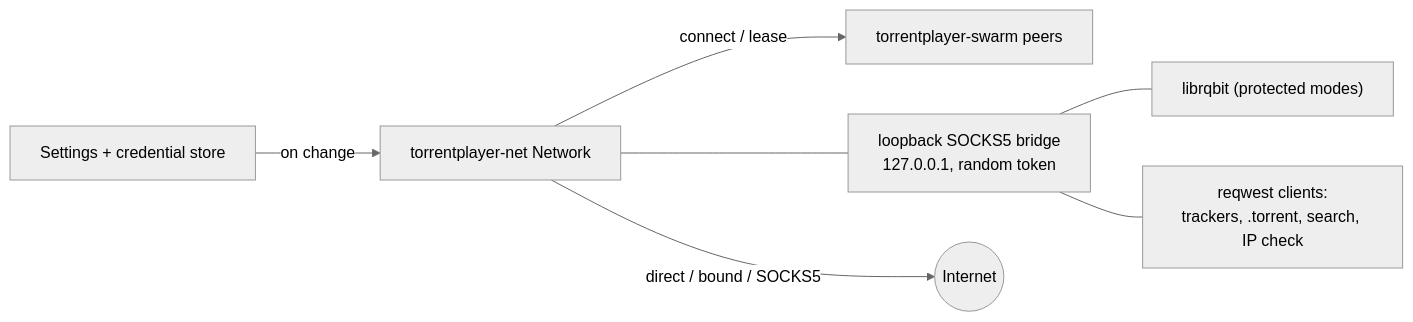
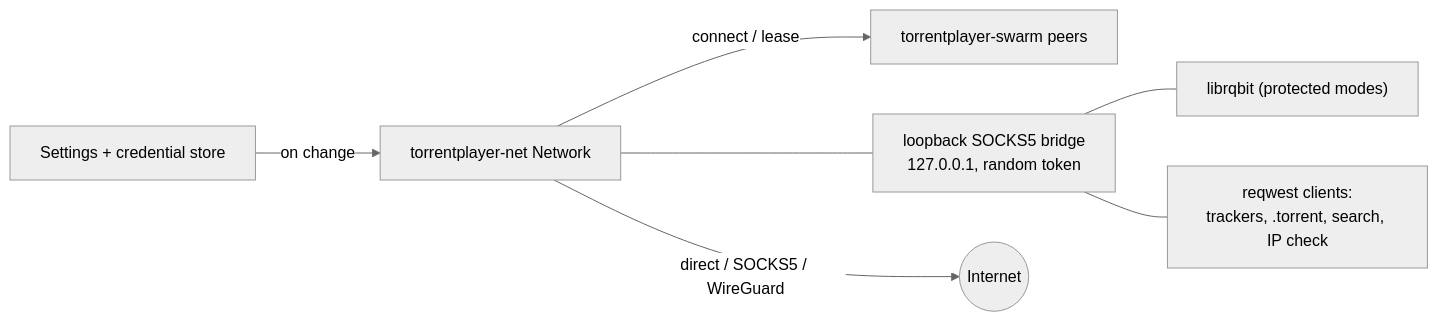
The second of 2 diagrams in docs/network.md (repomesh/torrentplayer), drawn with Mermaid (neutral theme) before and after one commit. The commit also changed other lines of this file and 62 other files, not shown here.

````diff
--- a/docs/network.md
+++ b/docs/network.md
@@ -172,9 +180,9 @@
 ```mermaid
 flowchart LR
     Settings["Settings + credential store"] -->|on change| Net["torrentplayer-net Network"]
     Net -->|connect / lease| Swarm["torrentplayer-swarm peers"]
     Net --- Bridge["loopback SOCKS5 bridge<br/>127.0.0.1, random token"]
     Bridge --- Rqbit["librqbit (protected modes)"]
     Bridge --- Http["reqwest clients:<br/>trackers, .torrent, search, IP check"]
-    Net -->|direct / bound / SOCKS5| Internet((Internet))
+    Net -->|direct / SOCKS5 / WireGuard| Internet((Internet))
 ```
````
